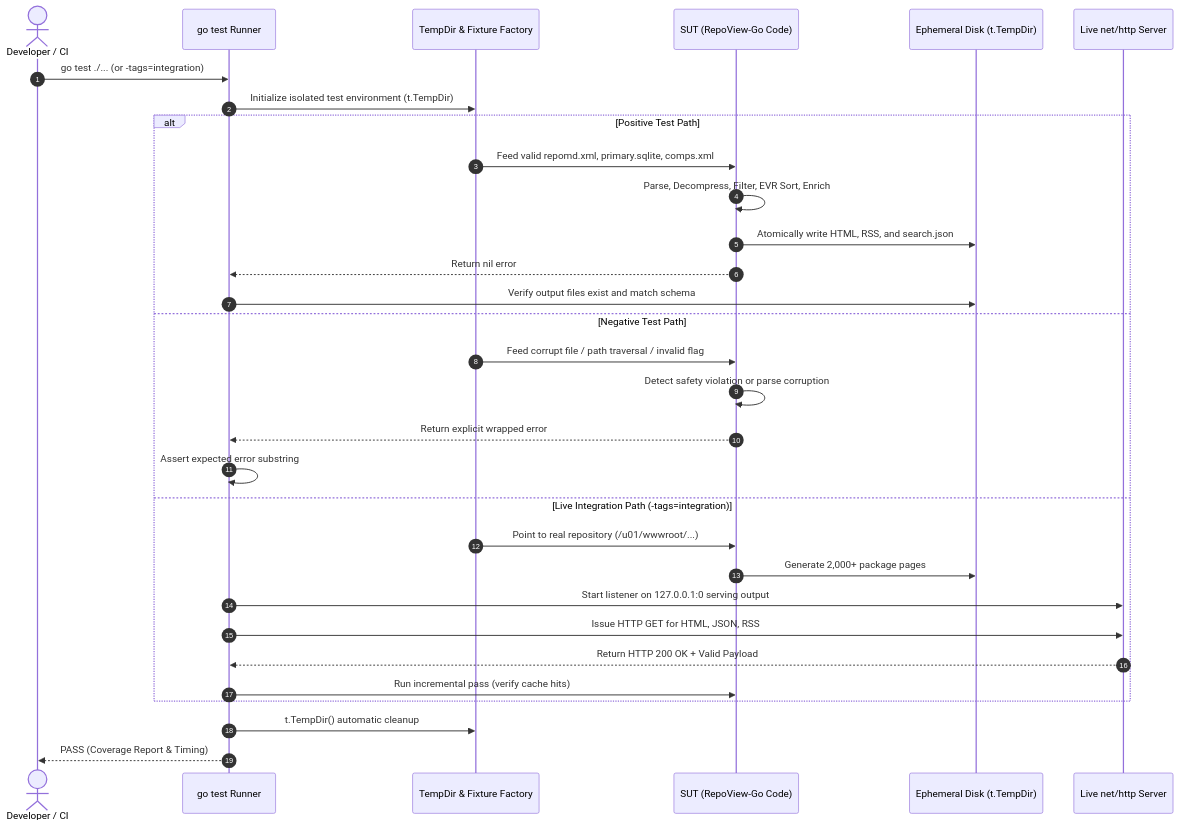
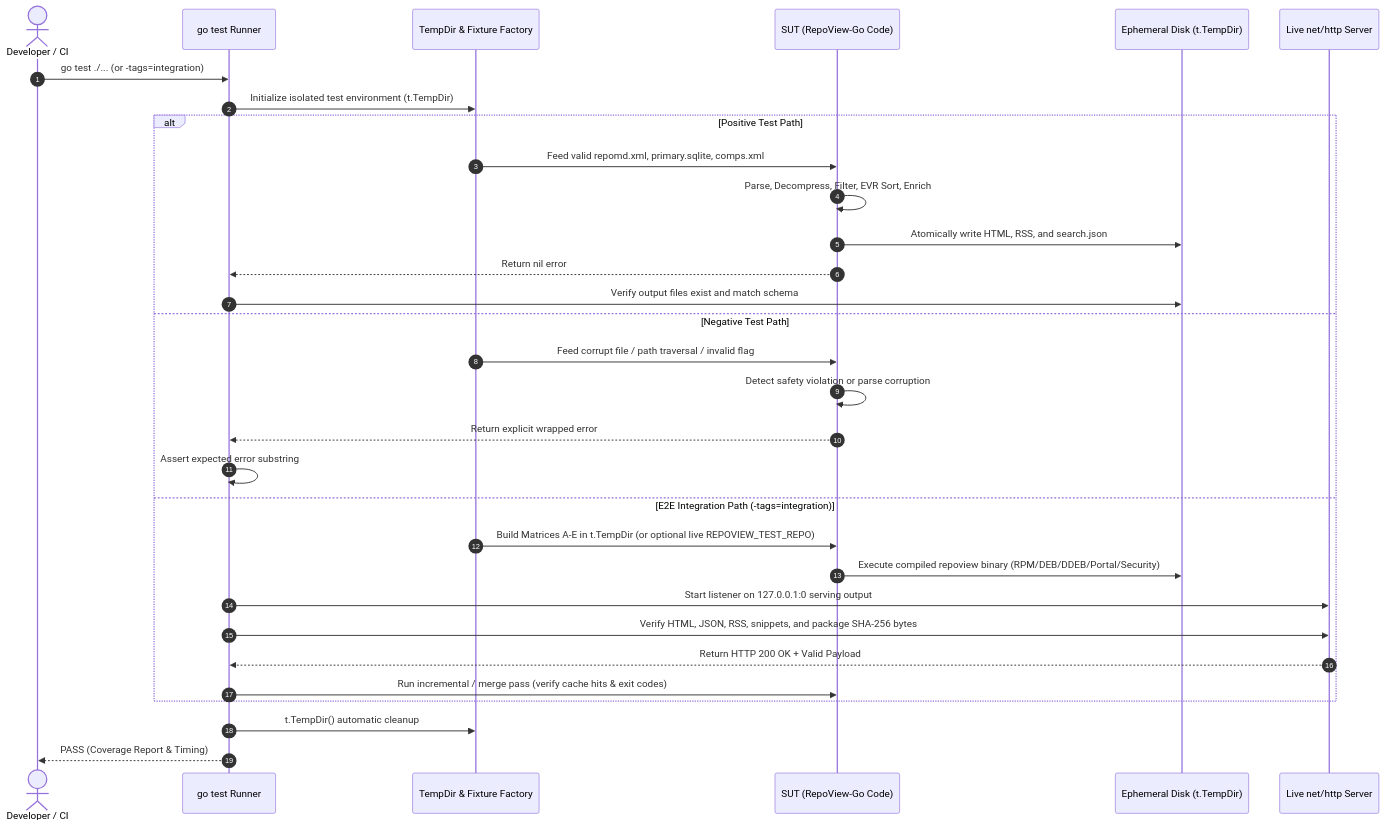
The second of 2 diagrams in TESTING.md (edsilegxrepo/repoview-go), drawn with Mermaid before and after one commit. The commit also changed other lines of this file and 90 other files, not shown here.

First line of the commit message:
release: v0.5.0 dump-config, portal search, perf, ddeb, docs, and pure-Go E2E

````diff
--- a/TESTING.md
+++ b/TESTING.md
@@ -114,36 +117,36 @@
 ```mermaid
 sequenceDiagram
     autonumber
     actor Dev as Developer / CI
     participant Runner as go test Runner
     participant Fixture as TempDir & Fixture Factory
     participant Target as SUT (RepoView-Go Code)
     participant Disk as Ephemeral Disk (t.TempDir)
     participant LiveHTTP as Live net/http Server
 
     Dev->>Runner: go test ./... (or -tags=integration)
     Runner->>Fixture: Initialize isolated test environment (t.TempDir)
     
     alt Positive Test Path
         Fixture->>Target: Feed valid repomd.xml, primary.sqlite, comps.xml
         Target->>Target: Parse, Decompress, Filter, EVR Sort, Enrich
         Target->>Disk: Atomically write HTML, RSS, and search.json
         Target-->>Runner: Return nil error
         Runner->>Disk: Verify output files exist and match schema
     else Negative Test Path
         Fixture->>Target: Feed corrupt file / path traversal / invalid flag
         Target->>Target: Detect safety violation or parse corruption
         Target-->>Runner: Return explicit wrapped error
         Runner->>Runner: Assert expected error substring
-    else Live Integration Path (-tags=integration)
-        Fixture->>Target: Point to real repository (/u01/wwwroot/...)
-        Target->>Disk: Generate 2,000+ package pages
+    else E2E Integration Path (-tags=integration)
+        Fixture->>Target: Build Matrices A-E in t.TempDir (or optional live REPOVIEW_TEST_REPO)
+        Target->>Disk: Execute compiled repoview binary (RPM/DEB/DDEB/Portal/Security)
         Runner->>LiveHTTP: Start listener on 127.0.0.1:0 serving output
-        Runner->>LiveHTTP: Issue HTTP GET for HTML, JSON, RSS
+        Runner->>LiveHTTP: Verify HTML, JSON, RSS, snippets, and package SHA-256 bytes
         LiveHTTP-->>Runner: Return HTTP 200 OK + Valid Payload
-        Runner->>Target: Run incremental pass (verify cache hits)
+        Runner->>Target: Run incremental / merge pass (verify cache hits & exit codes)
     end
 
     Runner->>Fixture: t.TempDir() automatic cleanup
     Runner-->>Dev: PASS (Coverage Report & Timing)
 ```
````
